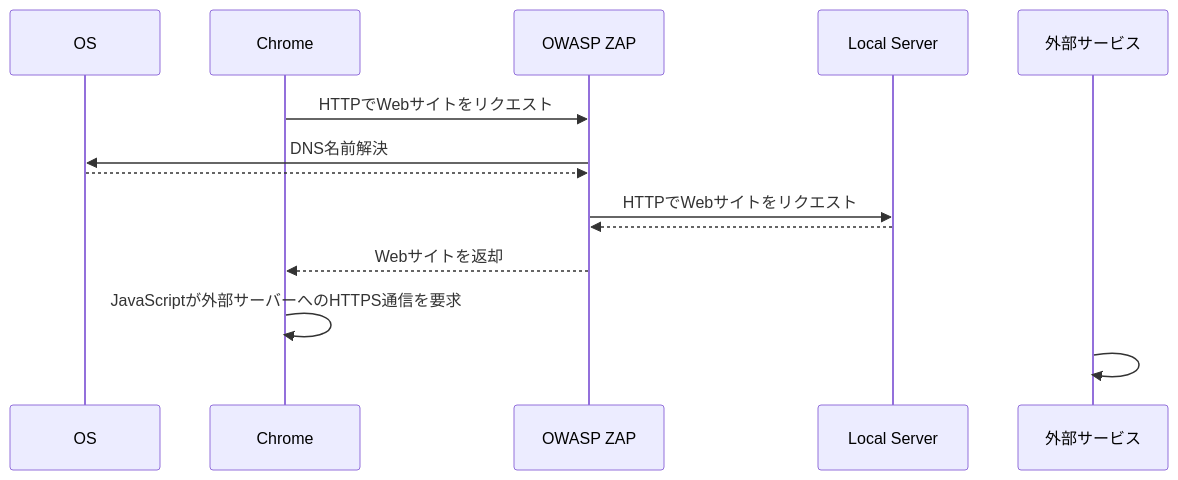
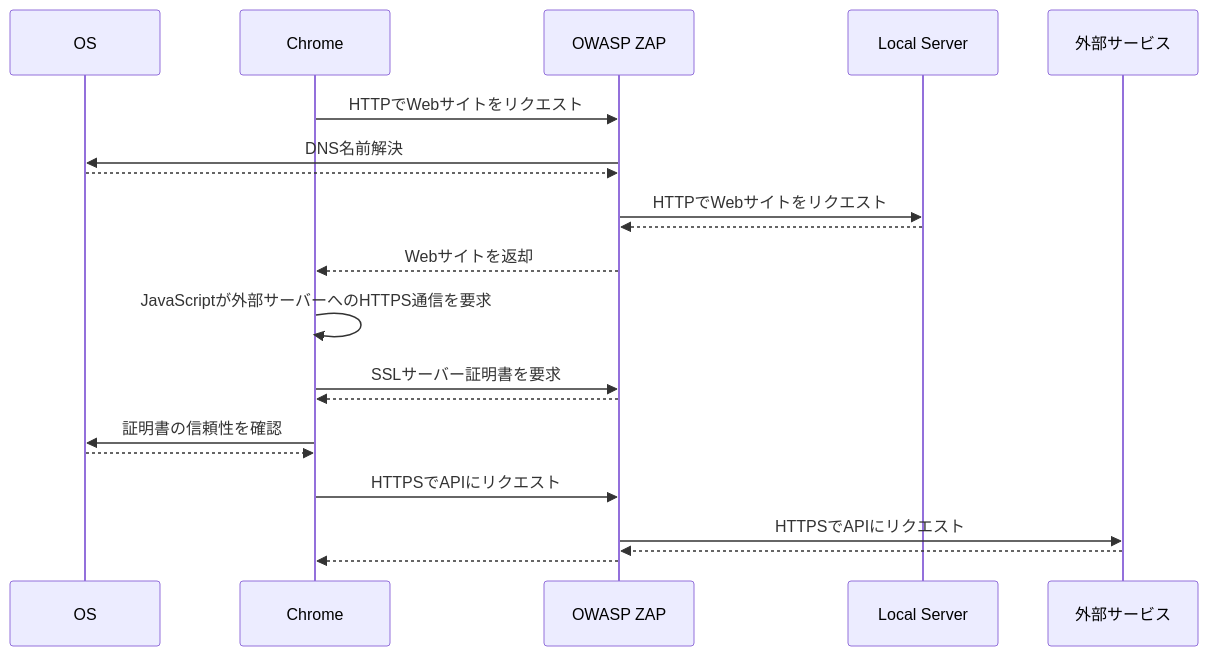
One commit to xhiroga/zenn-content changed the diagram in articles/owasp-zap-localhost-subdomain.md. Above: the diagram before and after it, drawn with Mermaid. The commit also changed 1 other file, not shown here.

Commit message:
chore: zennのmermaidのパースに問題があることを悟り、画像を埋め込む

````diff
--- a/articles/owasp-zap-localhost-subdomain.md
+++ b/articles/owasp-zap-localhost-subdomain.md
@@ -32,17 +23,24 @@
 ```mermaid
 sequenceDiagram
     participant OS
     participant Chrome
     participant zap as OWASP ZAP
     participant local as Local Server
     participant 3rd as 外部サービス
 
     Chrome->>zap: HTTPでWebサイトをリクエスト
     zap->>OS: DNS名前解決
     OS-->>zap: 
     zap->>local: HTTPでWebサイトをリクエスト
     local-->>zap: 
     zap-->>Chrome: Webサイトを返却
     Chrome->>Chrome: JavaScriptが外部サーバーへのHTTPS通信を要求
-    3rd->>3rd: 
+    Chrome->>zap: SSLサーバー証明書を要求
+    zap-->>Chrome: 
+    Chrome->>OS: 証明書の信頼性を確認
+    OS-->>Chrome: 
+    Chrome->>zap: HTTPSでAPIにリクエスト
+    zap->>3rd: HTTPSでAPIにリクエスト
+    3rd-->>zap: 
+    zap-->>Chrome: 
 ```
````
